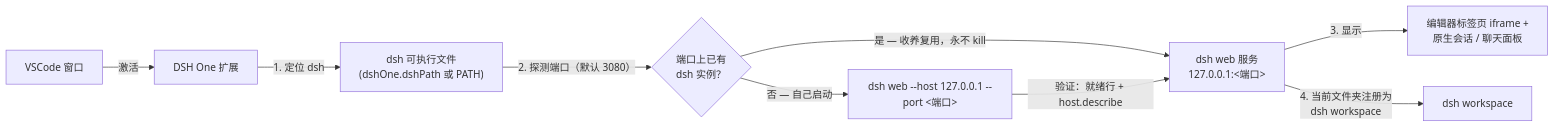
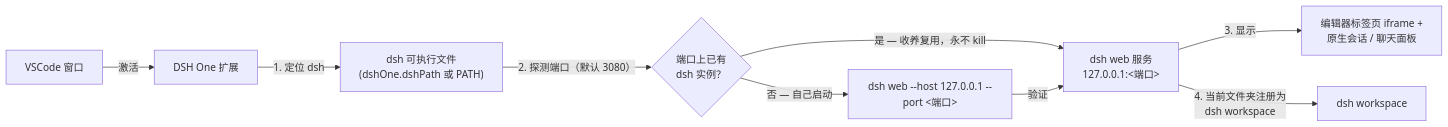
The diagram in README.zh-CN.md (imchangchang/dsh-one), drawn with Mermaid before and after one commit. The commit also changed other lines of this file and 1 other file, not shown here.

````diff
--- a/README.zh-CN.md
+++ b/README.zh-CN.md
@@ -52,11 +48,11 @@
 ```mermaid
 flowchart LR
   VS["VSCode 窗口"] -->|"激活"| EXT["DSH One 扩展"]
   EXT -->|"1. 定位 dsh"| DSH["dsh 可执行文件<br/>(dshOne.dshPath 或 PATH)"]
   DSH -->|"2. 探测端口（默认 3080）"| PROBE{"端口上已有<br/>dsh 实例？"}
   PROBE -->|"是 — 收养复用，永不 kill"| SRV["dsh web 服务<br/>127.0.0.1:&lt;端口&gt;"]
   PROBE -->|"否 — 自己启动"| SPAWN["dsh web --host 127.0.0.1 --port &lt;端口&gt;"]
-  SPAWN -->|"验证：就绪行 + host.describe"| SRV
+  SPAWN -->|"验证"| SRV
   SRV -->|"3. 显示"| UI["编辑器标签页 iframe +<br/>原生会话 / 聊天面板"]
   SRV -->|"4. 当前文件夹注册为<br/>dsh workspace"| WS["dsh workspace"]
 ```
````
